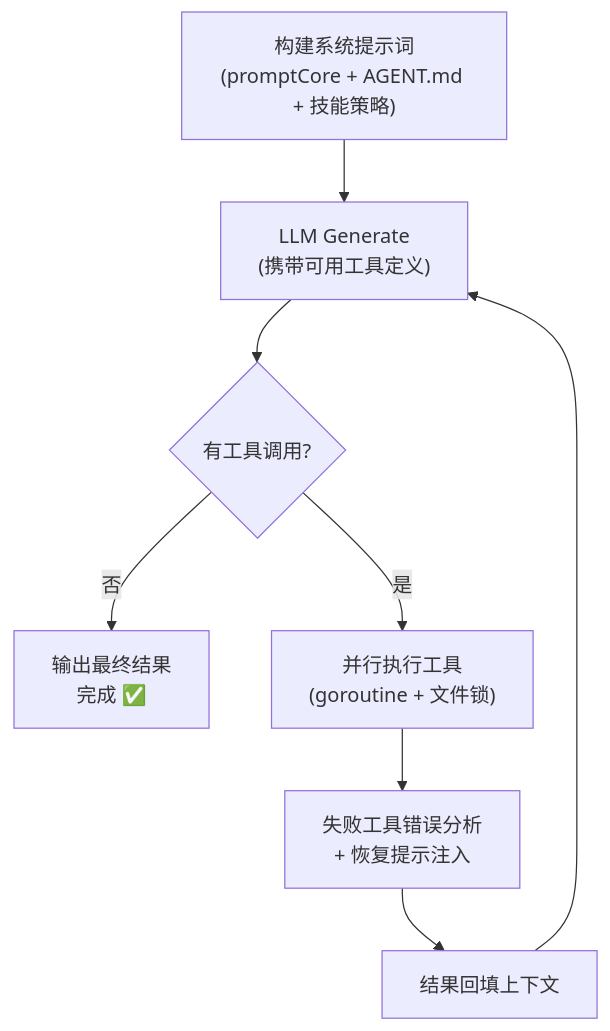
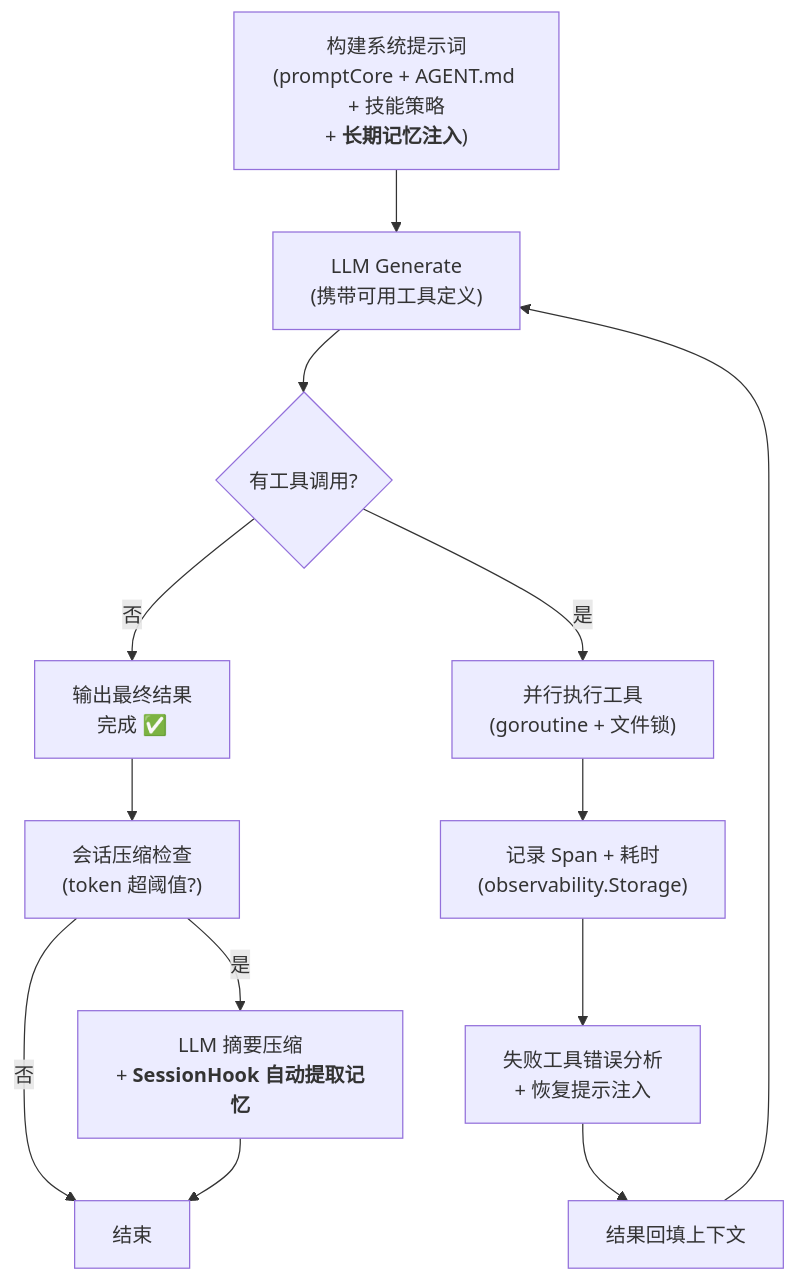
One commit to aethelgards/tiny-claw changed the second of 2 diagrams in README.md. Above: the diagram before and after it, drawn with Mermaid. The commit also changed other lines of this file, not shown here.

First line of the commit message:
docs: 更新 README，新增记忆系统文档、架构图和截图

````diff
--- a/README.md
+++ b/README.md
@@ -185,10 +240,16 @@
 ```mermaid
 flowchart TD
-    A["构建系统提示词<br/>(promptCore + AGENT.md + 技能策略)"] --> B["LLM Generate<br/>(携带可用工具定义)"]
+    A["构建系统提示词<br/>(promptCore + AGENT.md + 技能策略<br/>+ <b>长期记忆注入</b>)"] --> B["LLM Generate<br/>(携带可用工具定义)"]
     B --> C{"有工具调用?"}
     C -- 否 --> D["输出最终结果<br/>完成 ✅"]
     C -- 是 --> E["并行执行工具<br/>(goroutine + 文件锁)"]
-    E --> F["失败工具错误分析<br/>+ 恢复提示注入"]
+    E --> H["记录 Span + 耗时<br/>(observability.Storage)"]
+    H --> F["失败工具错误分析<br/>+ 恢复提示注入"]
     F --> G["结果回填上下文"]
     G --> B
+
+    D --> I["会话压缩检查<br/>(token 超阈值?)"]
+    I -- 是 --> J["LLM 摘要压缩<br/>+ <b>SessionHook 自动提取记忆</b>"]
+    I -- 否 --> K["结束"]
+    J --> K
 ```
````
